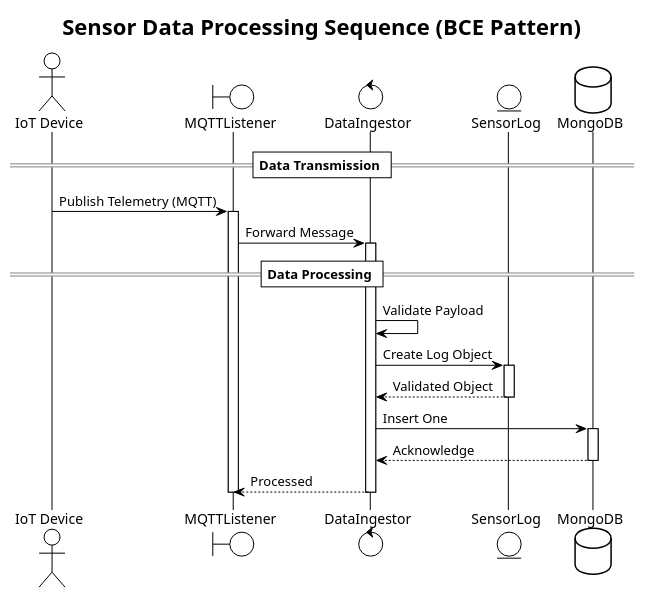
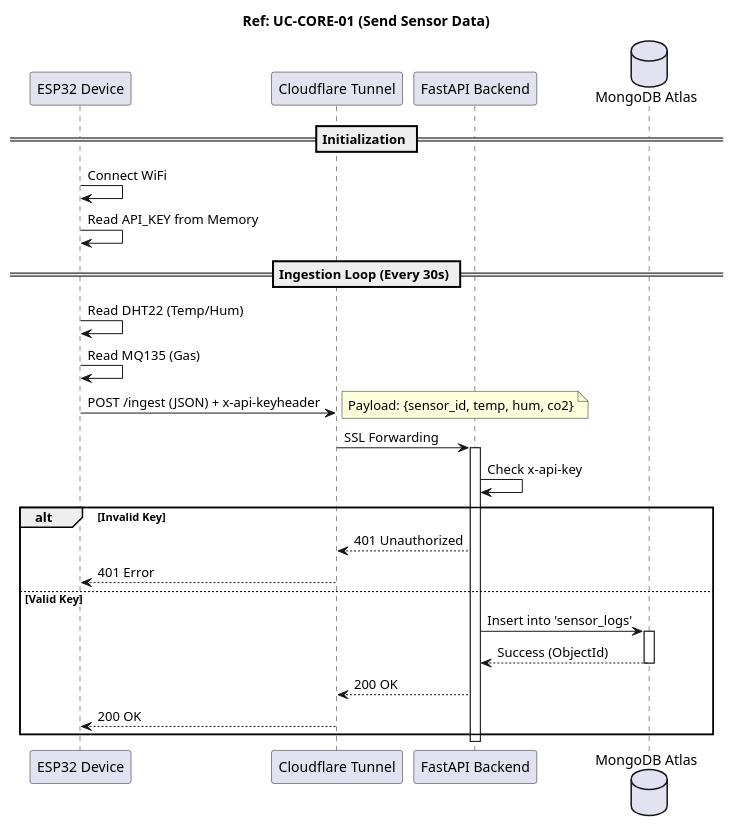
The diagram in docs/Architecture_Diagrams/sequence-sensor-data.puml (pratama404/breev), drawn with PlantUML before and after one commit. The commit also changed 47 other files, not shown here.

```diff
--- a/docs/Architecture_Diagrams/sequence-sensor-data.puml
+++ b/docs/Architecture_Diagrams/sequence-sensor-data.puml
@@ -1,35 +1,36 @@
-@startuml Sequence - Sensor Data Flow
-!theme plain
-title Sensor Data Processing Sequence (BCE Pattern)
+@startuml Sequence - IoT Ingestion
+title Ref: UC-CORE-01 (Send Sensor Data)
 
-actor "IoT Device" as Act
-boundary "MQTTListener" as Bound
-control "DataIngestor" as Ctrl
-entity "SensorLog" as Ent
-database "MongoDB" as DB
+participant "ESP32 Device" as IoT
+participant "Cloudflare Tunnel" as Tunnel
+participant "FastAPI Backend" as API
+database "MongoDB Atlas" as DB
 
-== Data Transmission ==
+== Initialization ==
+IoT -> IoT: Connect WiFi
+IoT -> IoT: Read API_KEY from Memory
 
-Act -> Bound: Publish Telemetry (MQTT)
-activate Bound
-Bound -> Ctrl: Forward Message
-activate Ctrl
+== Ingestion Loop (Every 30s) ==
+IoT -> IoT: Read DHT22 (Temp/Hum)
+IoT -> IoT: Read MQ135 (Gas)
+IoT -> Tunnel: POST /ingest (JSON) + x-api-keyheader
+note right: Payload: {sensor_id, temp, hum, co2}
 
-== Data Processing ==
+Tunnel -> API: SSL Forwarding
+activate API
 
-Ctrl -> Ctrl: Validate Payload
-Ctrl -> Ent: Create Log Object
-activate Ent
-Ent --> Ctrl: Validated Object
-deactivate Ent
+API -> API: Check x-api-key
+alt Invalid Key
+    API --> Tunnel: 401 Unauthorized
+    Tunnel --> IoT: 401 Error
+else Valid Key
+    API -> DB: Insert into 'sensor_logs'
+    activate DB
+    DB --> API: Success (ObjectId)
+    deactivate DB
+    API --> Tunnel: 200 OK
+    Tunnel --> IoT: 200 OK
+end
 
-Ctrl -> DB: Insert One
-activate DB
-DB --> Ctrl: Acknowledge
-deactivate DB
-
-Ctrl --> Bound: Processed
-deactivate Ctrl
-deactivate Bound
-
+deactivate API
 @enduml
```
